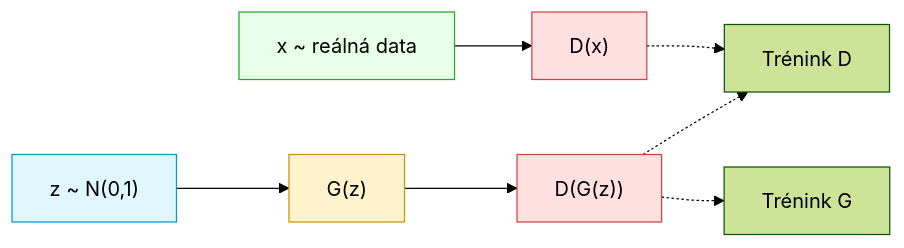
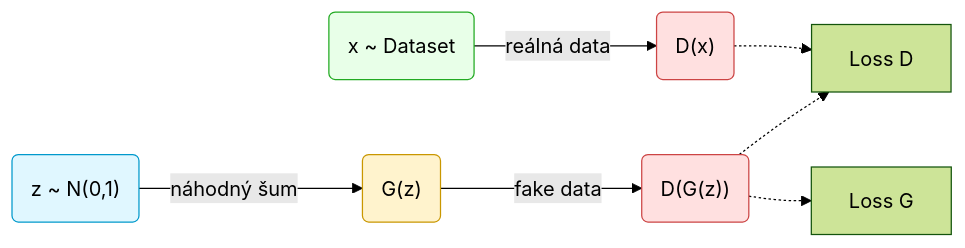
Before and after one commit to RadovanF/CV-ML: the first of 2 diagrams in gan/GAN_cz.md, drawn with Mermaid (forest theme).

````diff
--- a/gan/GAN_cz.md
+++ b/gan/GAN_cz.md
@@ -11,22 +11,32 @@
 ```mermaid
 flowchart LR
-  Z["z ~ N(0,1)"]:::noise
-  X["x ~ reálná data"]:::real
-  G_out["G(z)"]:::gen
-  D_real["D(x)"]:::disc
-  D_fake["D(G(z))"]:::disc
+  %% Uzly - necháme je čistě matematické nebo stručné
+  Z("z ~ N(0,1)"):::noise
+  X("x ~ Dataset"):::real
+  
+  %% Zde G(z) reprezentuje výstup generátoru
+  G_out("G(z)"):::gen
+  
+  %% Výstupy diskriminátoru
+  D_real("D(x)"):::disc
+  D_fake("D(G(z))"):::disc
 
-  Z --> G_out
-  G_out --> D_fake
-  X --> D_real
+  %% Šipky s popisem DAT, která tečou
+  Z -- náhodný šum --> G_out
+  G_out -- fake data --> D_fake
+  X -- reálná data --> D_real
 
-  D_real -.-> D_opt["Trénink D"]
+  %% Zpětná vazba (loss)
+  D_real -.-> D_opt["Loss D"]
   D_fake -.-> D_opt
-  D_fake -.-> G_opt["Trénink G"]
+  D_fake -.-> G_opt["Loss G"]
 
+  %% Stylování
   classDef noise fill:#e0f7ff,stroke:#0099cc
   classDef real fill:#e8ffe8,stroke:#22aa22
   classDef gen fill:#fff3cd,stroke:#c99700
   classDef disc fill:#ffe0e0,stroke:#cc4444
 
+
+
 ```
````
